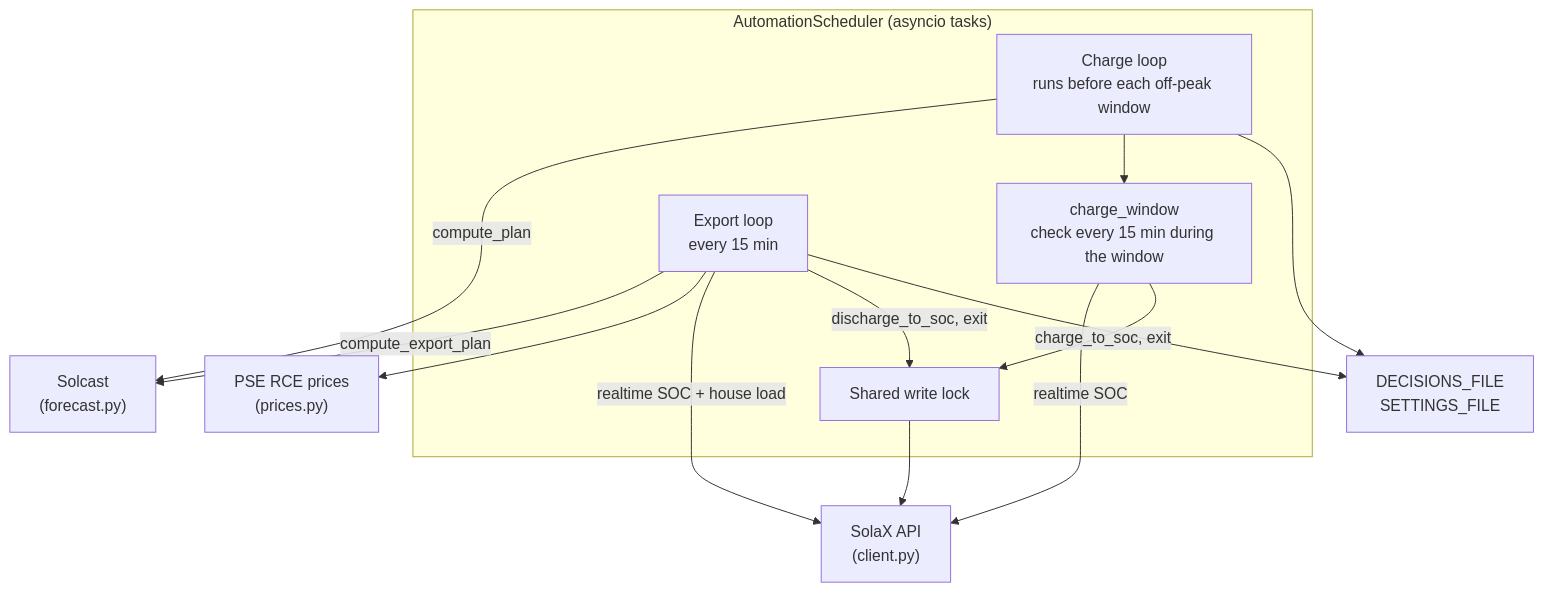
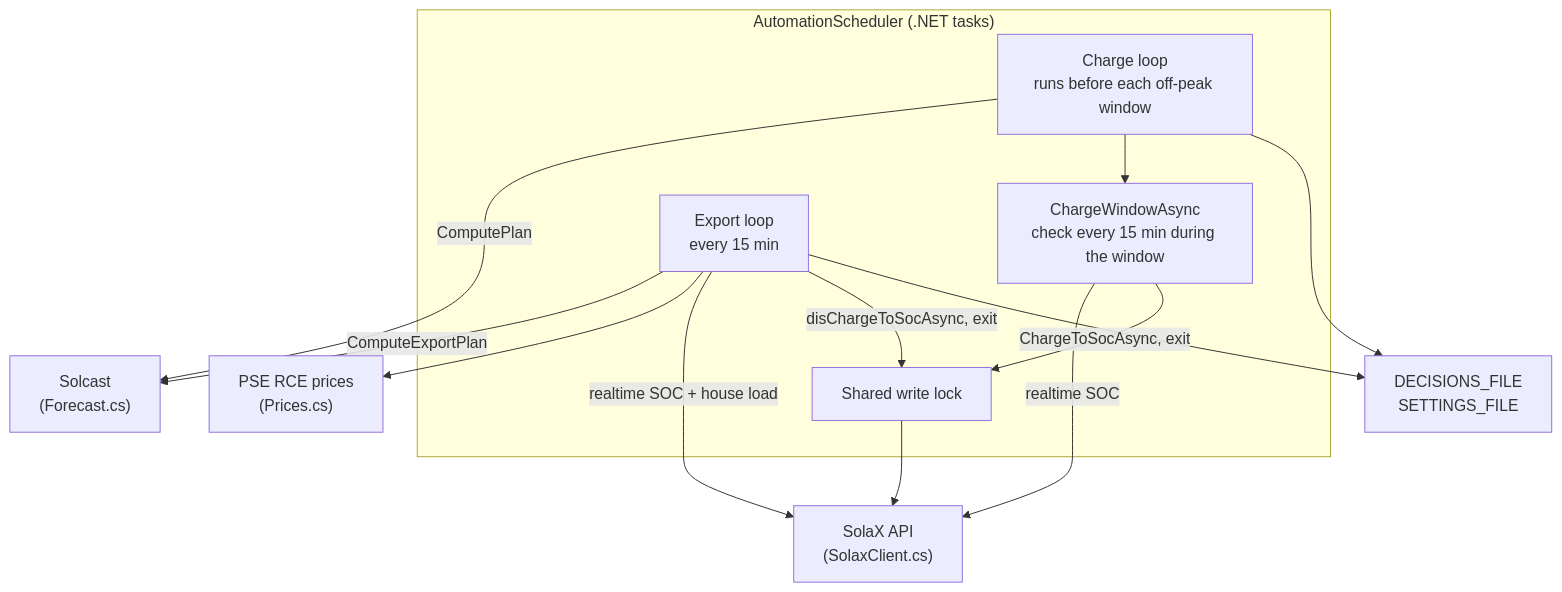
One commit to tomkor/solax-cloud-mcp changed the ninth of 12 diagrams in ARCHITECTURE.md. Above: the diagram before and after it, drawn with Mermaid. The commit also changed other lines of this file and 73 other files, not shown here.

````diff
--- a/ARCHITECTURE.md
+++ b/ARCHITECTURE.md
@@ -481,26 +487,26 @@
 ```mermaid
 graph TB
-    subgraph "AutomationScheduler (asyncio tasks)"
+    subgraph "AutomationScheduler (.NET tasks)"
         Loop["Charge loop<br/>runs before each off-peak window"]
-        Window["charge_window<br/>check every 15 min during the window"]
+        Window["ChargeWindowAsync<br/>check every 15 min during the window"]
         Export["Export loop<br/>every 15 min"]
         Lock["Shared write lock"]
     end
 
-    Solcast["Solcast<br/>(forecast.py)"]
-    PSE["PSE RCE prices<br/>(prices.py)"]
-    Solax["SolaX API<br/>(client.py)"]
+    Solcast["Solcast<br/>(Forecast.cs)"]
+    PSE["PSE RCE prices<br/>(Prices.cs)"]
+    Solax["SolaX API<br/>(SolaxClient.cs)"]
     Files["DECISIONS_FILE<br/>SETTINGS_FILE"]
 
-    Loop -->|compute_plan| Solcast
+    Loop -->|ComputePlan| Solcast
     Loop --> Window
     Window -->|realtime SOC| Solax
-    Window -->|"charge_to_soc, exit"| Lock
-    Export -->|compute_export_plan| Solcast
+    Window -->|"ChargeToSocAsync, exit"| Lock
+    Export -->|ComputeExportPlan| Solcast
     Export --> PSE
     Export -->|realtime SOC + house load| Solax
-    Export -->|"discharge_to_soc, exit"| Lock
+    Export -->|"disChargeToSocAsync, exit"| Lock
     Lock --> Solax
     Loop --> Files
     Export --> Files
 ```
````
